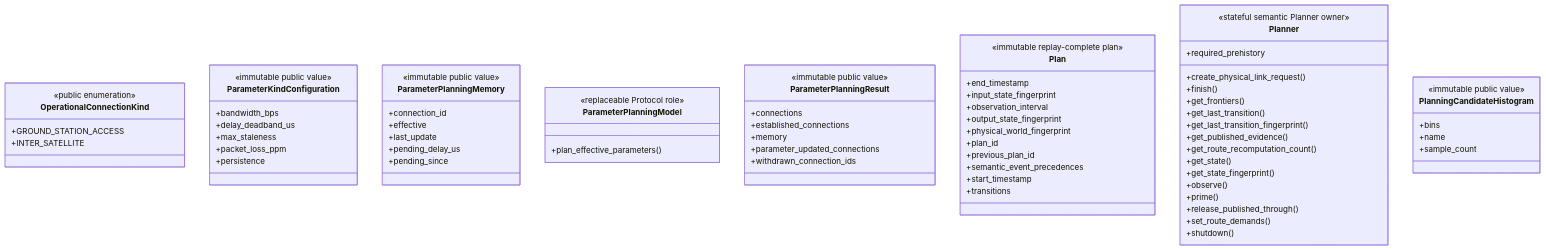
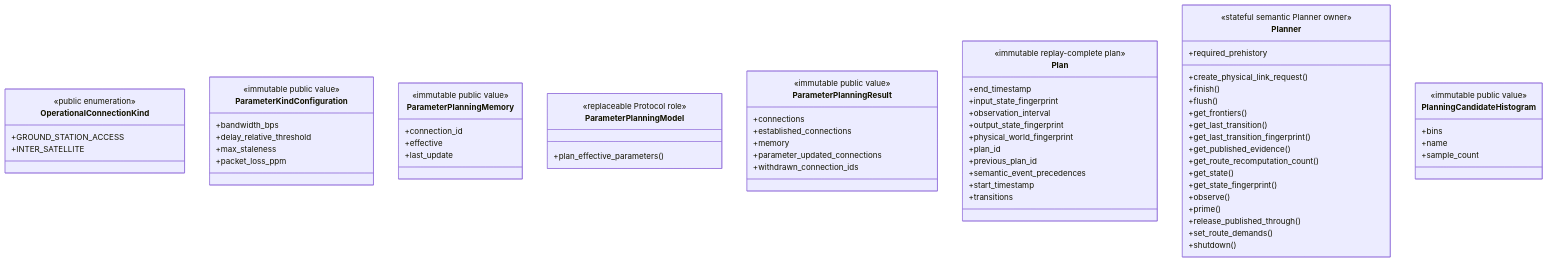
The fourth of 8 diagrams in skyseed_v2/src/skyseed_v2/simulator/planning/README.md (seed-labs/skyseed), drawn with Mermaid before and after one commit. The commit also changed other lines of this file and 178 other files, not shown here.

````diff
--- a/skyseed_v2/src/skyseed_v2/simulator/planning/README.md
+++ b/skyseed_v2/src/skyseed_v2/simulator/planning/README.md
@@ -368,73 +370,71 @@
 ```mermaid
 classDiagram
     class OperationalConnectionKind {
         <<public enumeration>>
         +GROUND_STATION_ACCESS
         +INTER_SATELLITE
     }
     class ParameterKindConfiguration {
         <<immutable public value>>
         +bandwidth_bps
-        +delay_deadband_us
+        +delay_relative_threshold
         +max_staleness
         +packet_loss_ppm
-        +persistence
     }
     class ParameterPlanningMemory {
         <<immutable public value>>
         +connection_id
         +effective
         +last_update
-        +pending_delay_us
-        +pending_since
     }
     class ParameterPlanningModel {
         <<replaceable Protocol role>>
         +plan_effective_parameters()
     }
     class ParameterPlanningResult {
         <<immutable public value>>
         +connections
         +established_connections
         +memory
         +parameter_updated_connections
         +withdrawn_connection_ids
     }
     class Plan {
         <<immutable replay-complete plan>>
         +end_timestamp
         +input_state_fingerprint
         +observation_interval
         +output_state_fingerprint
         +physical_world_fingerprint
         +plan_id
         +previous_plan_id
         +semantic_event_precedences
         +start_timestamp
         +transitions
     }
     class Planner {
         <<stateful semantic Planner owner>>
         +create_physical_link_request()
         +finish()
+        +flush()
         +get_frontiers()
         +get_last_transition()
         +get_last_transition_fingerprint()
         +get_published_evidence()
         +get_route_recomputation_count()
         +get_state()
         +get_state_fingerprint()
         +observe()
         +prime()
         +release_published_through()
         +required_prehistory
         +set_route_demands()
         +shutdown()
     }
     class PlanningCandidateHistogram {
         <<immutable public value>>
         +bins
         +name
         +sample_count
     }
 ```
````
